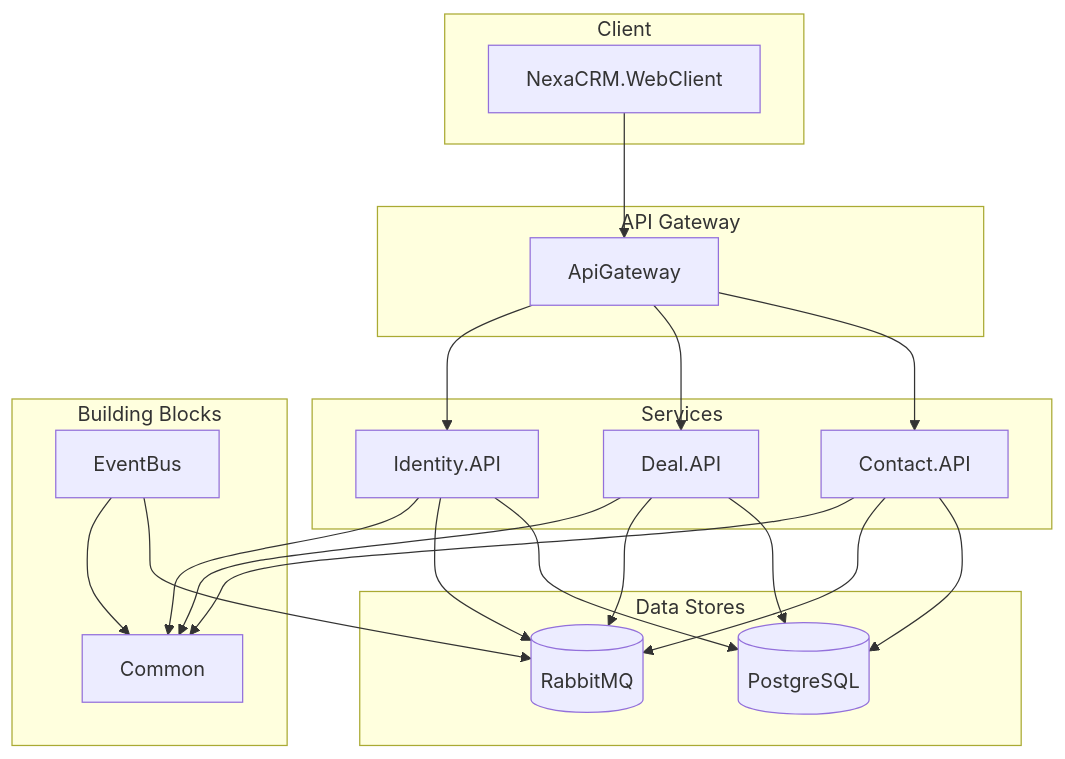
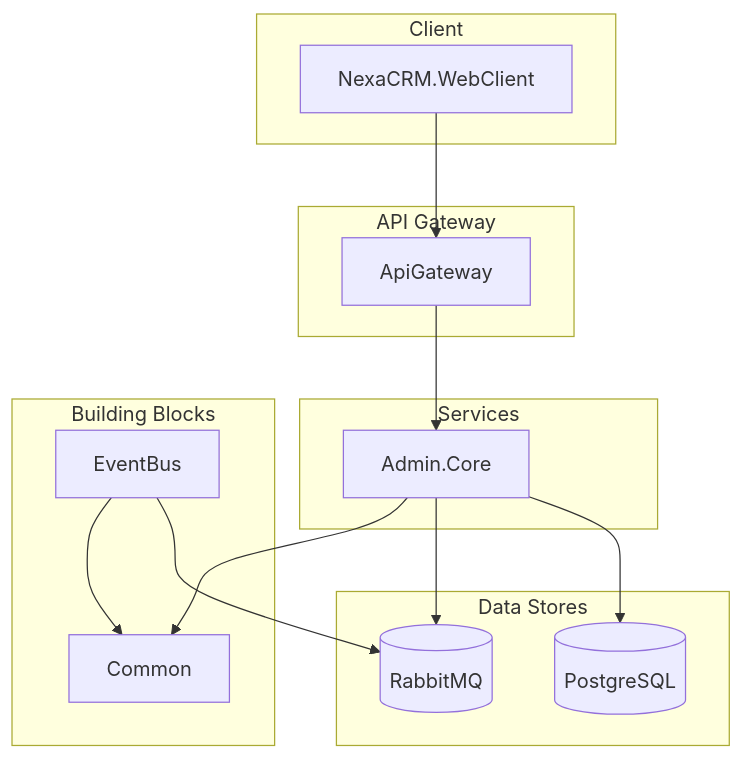
Before and after one commit to Kidd-90/-NexaCRM-: the diagram in README.md, drawn with Mermaid. The commit also changed other lines of this file and 17 other files, not shown here.

````diff
--- a/README.md
+++ b/README.md
@@ -30,45 +30,34 @@
 ```mermaid
 graph TD
     subgraph "Client"
         A[NexaCRM.WebClient]
     end
 
     subgraph "API Gateway"
         B[ApiGateway]
     end
 
     subgraph "Services"
-        C[Contact.API]
-        D[Deal.API]
-        E[Identity.API]
+        C[Admin.Core]
     end
 
     subgraph "Building Blocks"
         F[EventBus]
         G[Common]
     end
 
     subgraph "Data Stores"
         H[(PostgreSQL)]
         I[(RabbitMQ)]
     end
 
     A --> B
     B --> C
-    B --> D
-    B --> E
 
     C --> H
-    D --> H
-    E --> H
-
     C --> I
-    D --> I
-    E --> I
 
     F --> I
     C --> G
-    D --> G
-    E --> G
     F --> G
 ```
````
